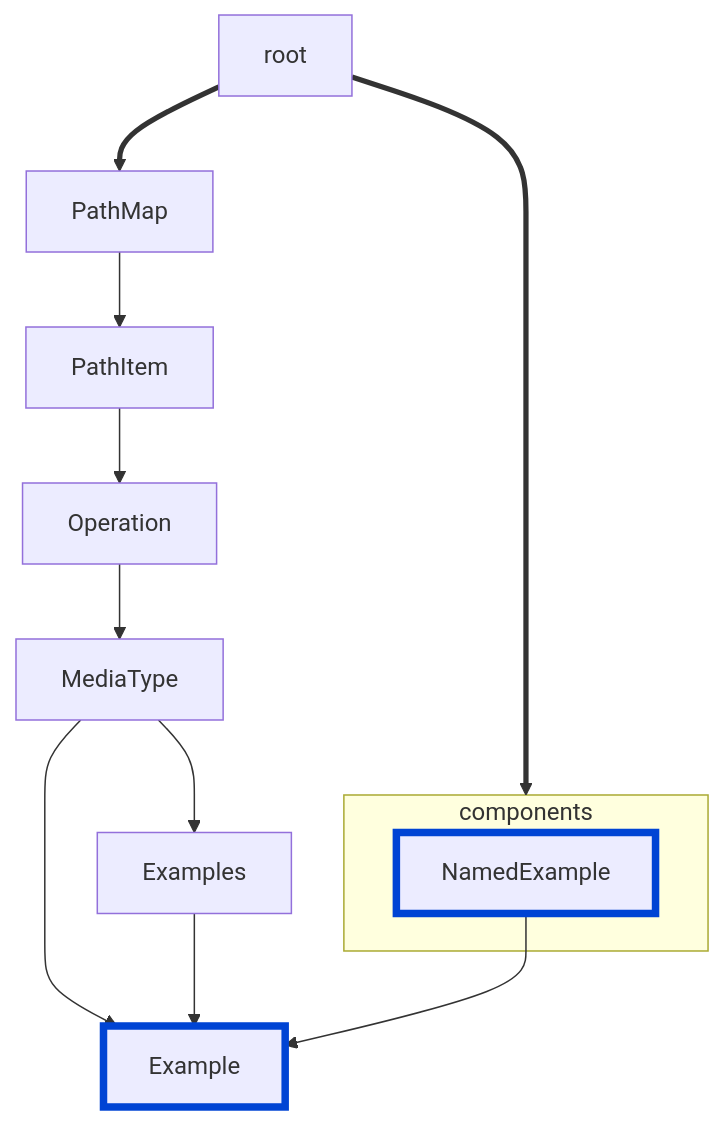
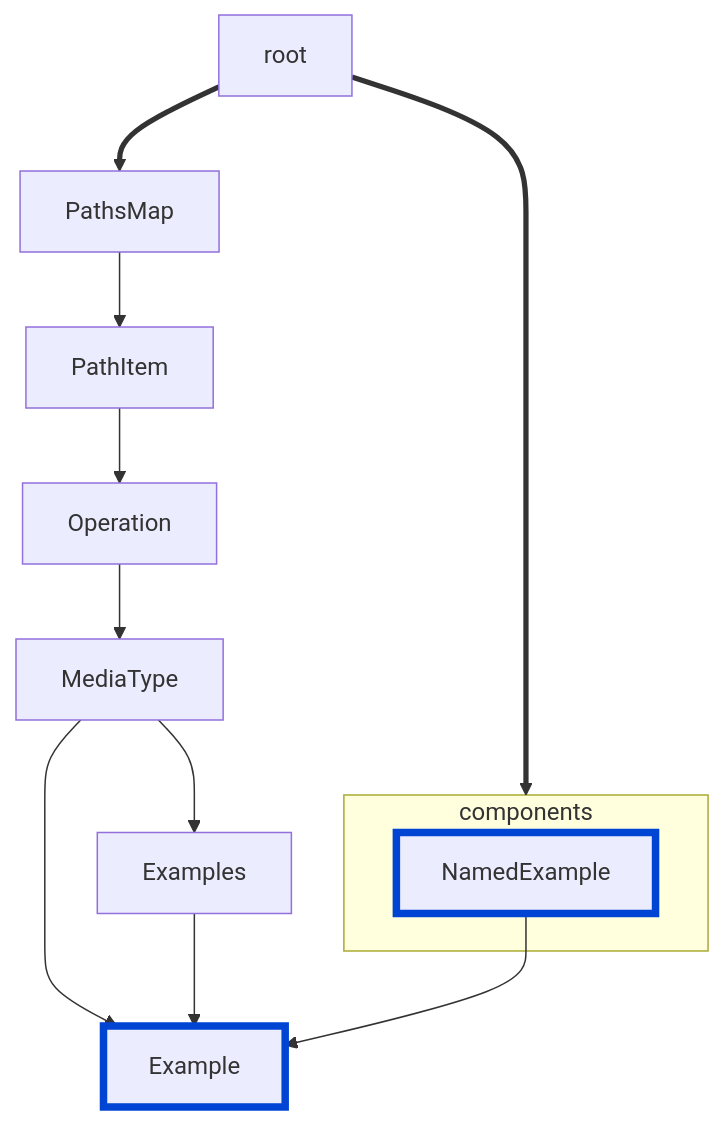
One commit to Redocly/redocly-cli changed the diagram in docs/rules/no-invalid-media-type-examples.md. Above: the diagram before and after it, drawn with Mermaid. The commit also changed 32 other files, not shown here.

````diff
--- a/docs/rules/no-invalid-media-type-examples.md
+++ b/docs/rules/no-invalid-media-type-examples.md
@@ -11,17 +11,17 @@
 ```mermaid
 flowchart TD
 
-root ==> PathMap --> PathItem --> Operation --> MediaType --> Example
+root ==> PathsMap --> PathItem --> Operation --> MediaType --> Example
 MediaType --> Examples --> Example
 
 root ==> components
 
 NamedExample --> Example
 
 subgraph components
 NamedExample
 end
 
 style Example fill:#codaf9,stroke:#0044d4,stroke-width:5px
 style NamedExample fill:#codaf9,stroke:#0044d4,stroke-width:5px
 ```
````
